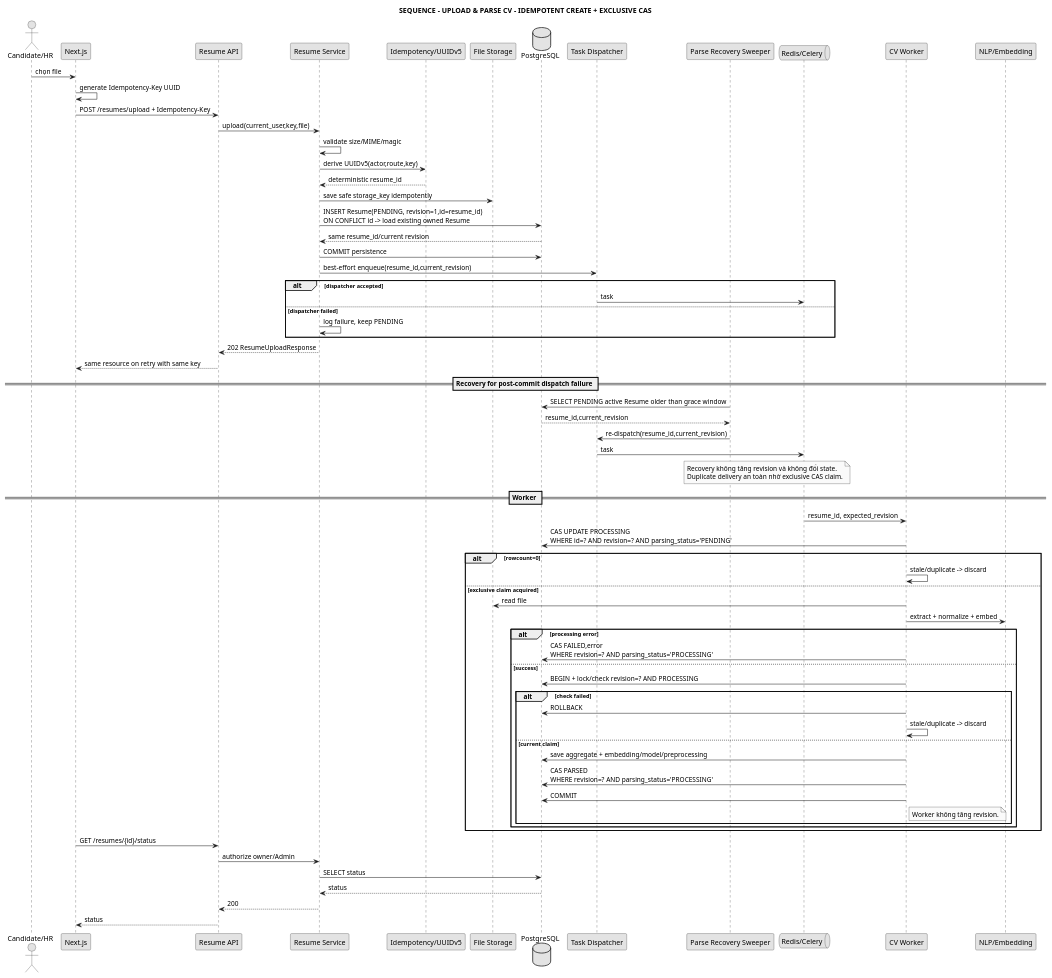
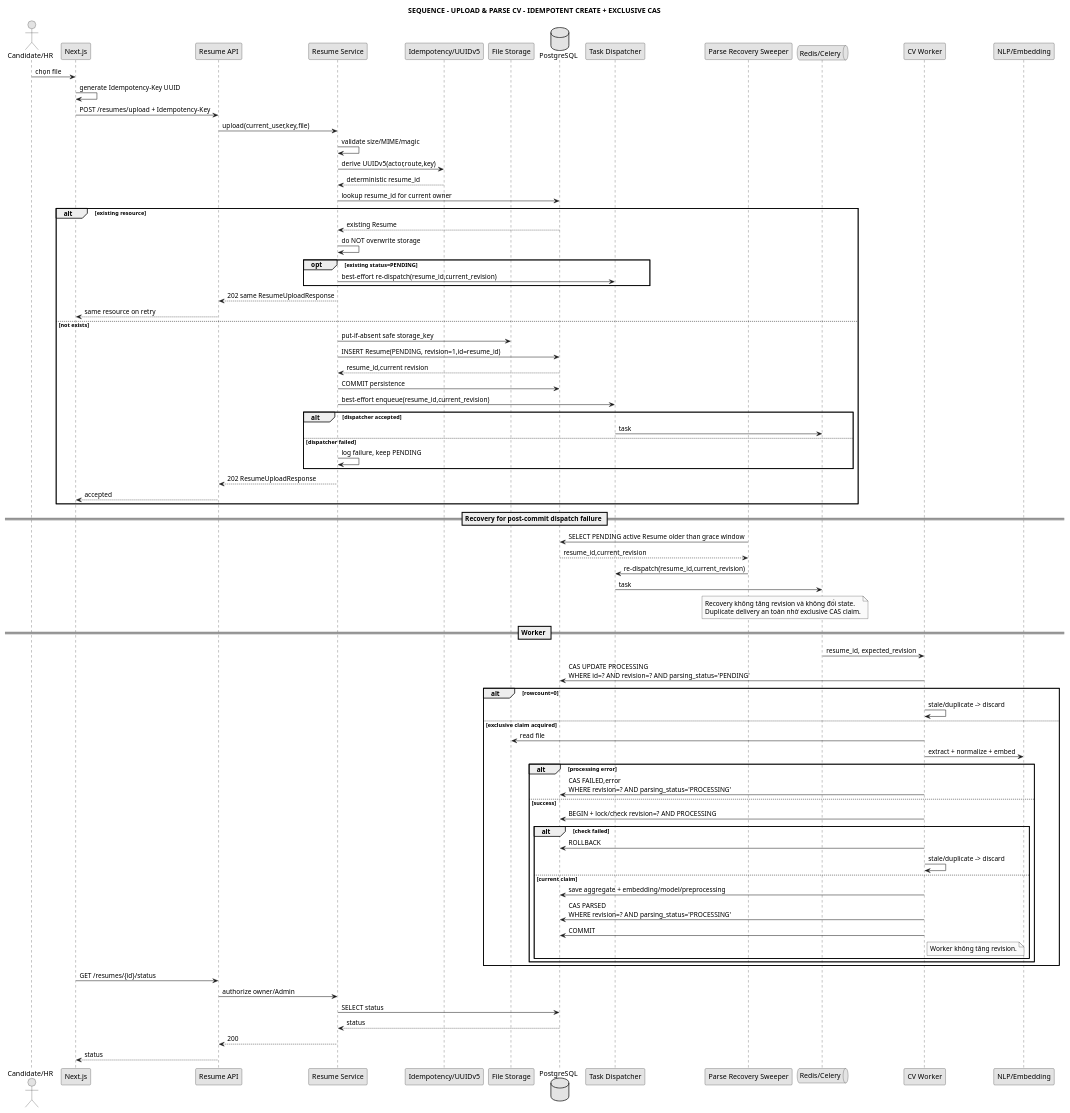
Before and after one commit to anh632k-ui/WebCVUngVienTuyenDung: the diagram in docs/04_sequence/seq_upload_parse_cv.puml, drawn with PlantUML.

Commit message:
docs(sequence): make CV storage retry no-overwrite

```diff
--- a/docs/04_sequence/seq_upload_parse_cv.puml
+++ b/docs/04_sequence/seq_upload_parse_cv.puml
@@ -1,81 +1,92 @@
 @startuml
 skinparam monochrome true
 skinparam shadowing false
 title SEQUENCE - UPLOAD & PARSE CV - IDEMPOTENT CREATE + EXCLUSIVE CAS
 
 actor "Candidate/HR" as User
 participant "Next.js" as FE
 participant "Resume API" as API
 participant "Resume Service" as Service
 participant "Idempotency/UUIDv5" as Idem
 participant "File Storage" as Storage
 database "PostgreSQL" as DB
 participant "Task Dispatcher" as Dispatcher
 participant "Parse Recovery Sweeper" as Recovery
 queue "Redis/Celery" as Queue
 participant "CV Worker" as Worker
 participant "NLP/Embedding" as NLP
 
 User -> FE : chọn file
 FE -> FE : generate Idempotency-Key UUID
 FE -> API : POST /resumes/upload + Idempotency-Key
 API -> Service : upload(current_user,key,file)
 Service -> Service : validate size/MIME/magic
 Service -> Idem : derive UUIDv5(actor,route,key)
 Idem --> Service : deterministic resume_id
-Service -> Storage : save safe storage_key idempotently
-Service -> DB : INSERT Resume(PENDING, revision=1,id=resume_id)\nON CONFLICT id -> load existing owned Resume
-DB --> Service : same resume_id/current revision
-Service -> DB : COMMIT persistence
-Service -> Dispatcher : best-effort enqueue(resume_id,current_revision)
-alt dispatcher accepted
-  Dispatcher -> Queue : task
-else dispatcher failed
-  Service -> Service : log failure, keep PENDING
+Service -> DB : lookup resume_id for current owner
+alt existing resource
+  DB --> Service : existing Resume
+  Service -> Service : do NOT overwrite storage
+  opt existing status=PENDING
+    Service -> Dispatcher : best-effort re-dispatch(resume_id,current_revision)
+  end
+  Service --> API : 202 same ResumeUploadResponse
+  API --> FE : same resource on retry
+else not exists
+  Service -> Storage : put-if-absent safe storage_key
+  Service -> DB : INSERT Resume(PENDING, revision=1,id=resume_id)
+  DB --> Service : resume_id,current revision
+  Service -> DB : COMMIT persistence
+  Service -> Dispatcher : best-effort enqueue(resume_id,current_revision)
+  alt dispatcher accepted
+    Dispatcher -> Queue : task
+  else dispatcher failed
+    Service -> Service : log failure, keep PENDING
+  end
+  Service --> API : 202 ResumeUploadResponse
+  API --> FE : accepted
 end
-Service --> API : 202 ResumeUploadResponse
-API --> FE : same resource on retry with same key
 
 == Recovery for post-commit dispatch failure ==
 Recovery -> DB : SELECT PENDING active Resume older than grace window
 DB --> Recovery : resume_id,current_revision
 Recovery -> Dispatcher : re-dispatch(resume_id,current_revision)
 Dispatcher -> Queue : task
 note over Recovery,Queue
 Recovery không tăng revision và không đổi state.
 Duplicate delivery an toàn nhờ exclusive CAS claim.
 end note
 
 == Worker ==
 Queue -> Worker : resume_id, expected_revision
 Worker -> DB : CAS UPDATE PROCESSING\nWHERE id=? AND revision=? AND parsing_status='PENDING'
 alt rowcount=0
   Worker -> Worker : stale/duplicate -> discard
 else exclusive claim acquired
   Worker -> Storage : read file
   Worker -> NLP : extract + normalize + embed
   alt processing error
     Worker -> DB : CAS FAILED,error\nWHERE revision=? AND parsing_status='PROCESSING'
   else success
     Worker -> DB : BEGIN + lock/check revision=? AND PROCESSING
     alt check failed
       Worker -> DB : ROLLBACK
       Worker -> Worker : stale/duplicate -> discard
     else current claim
       Worker -> DB : save aggregate + embedding/model/preprocessing
       Worker -> DB : CAS PARSED\nWHERE revision=? AND parsing_status='PROCESSING'
       Worker -> DB : COMMIT
       note right of Worker
       Worker không tăng revision.
       end note
     end
   end
 end
 
 FE -> API : GET /resumes/{id}/status
 API -> Service : authorize owner/Admin
 Service -> DB : SELECT status
 DB --> Service : status
 Service --> API : 200
 API --> FE : status
 @enduml
```
